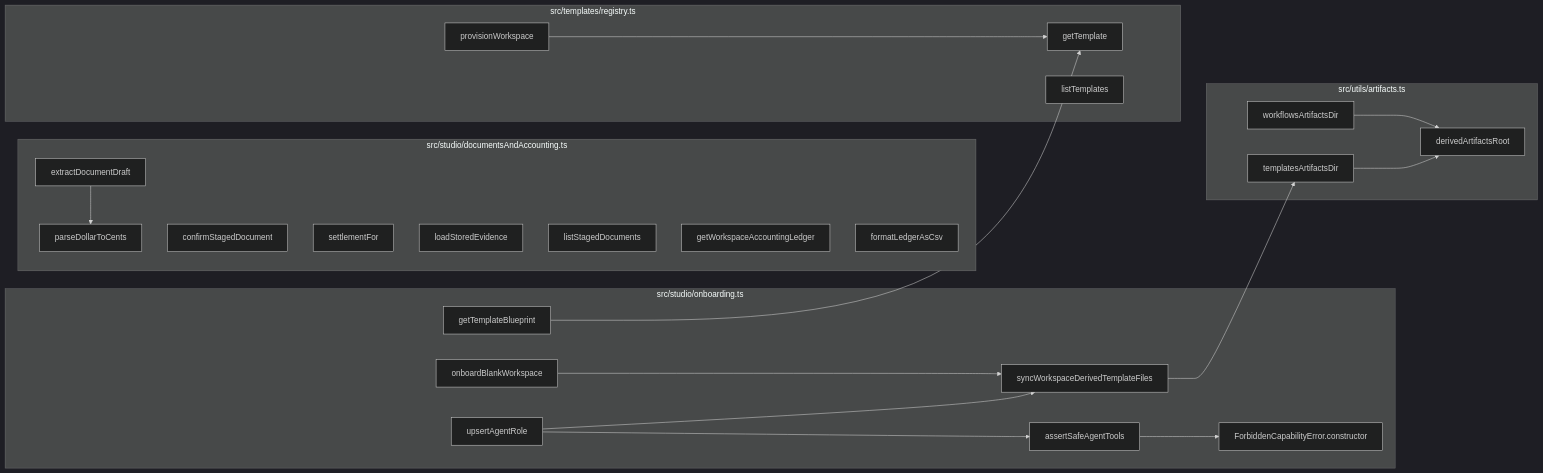
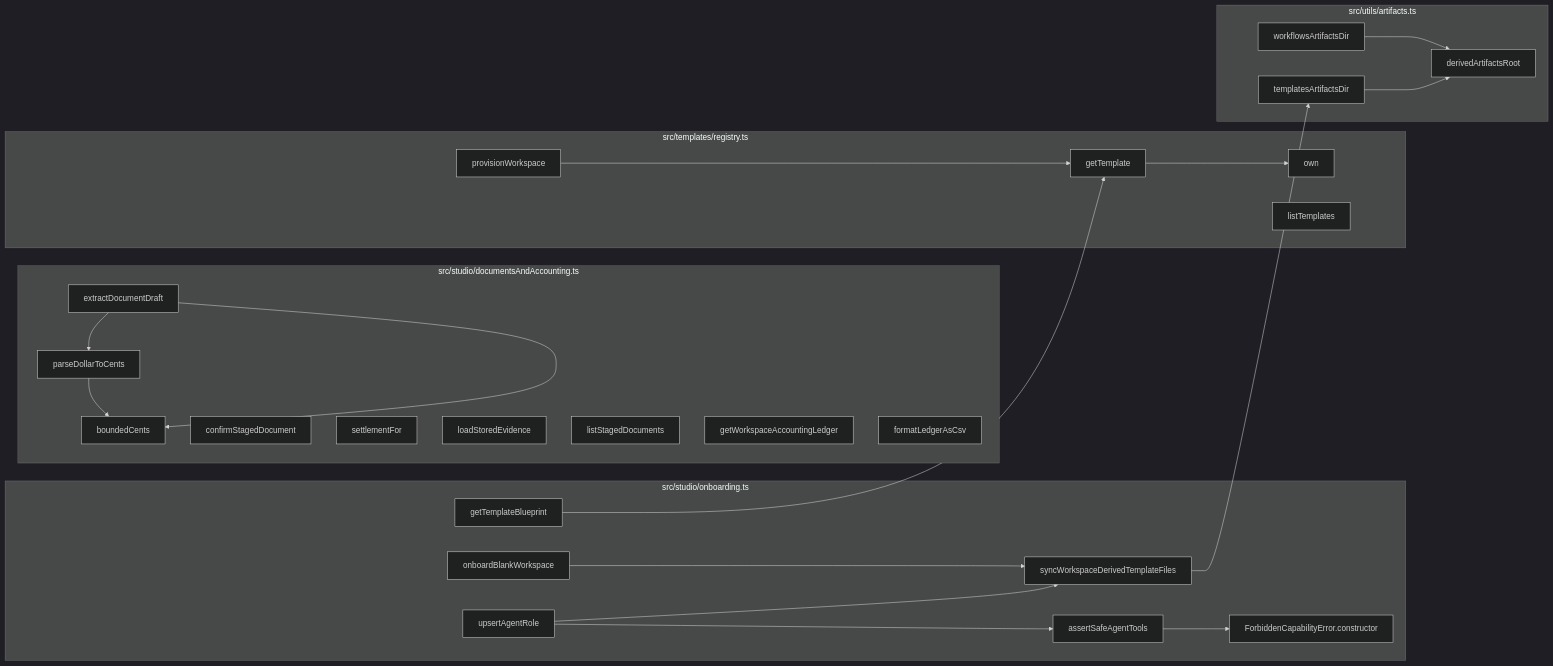
The sixth of 8 diagrams in docs/CODEBASE_MAP.md (Jaydearcadian/bind), drawn with Mermaid (dark theme) before and after one commit. The commit also changed other lines of this file and 13 other files, not shown here.

````diff
--- a/docs/CODEBASE_MAP.md
+++ b/docs/CODEBASE_MAP.md
@@ -471,41 +475,46 @@
 ```mermaid
 flowchart LR
   subgraph F0["src/studio/documentsAndAccounting.ts"]
-    n270["parseDollarToCents"]
-    n271["extractDocumentDraft"]
-    n272["confirmStagedDocument"]
-    n273["settlementFor"]
-    n274["loadStoredEvidence"]
-    n275["listStagedDocuments"]
-    n276["getWorkspaceAccountingLedger"]
-    n277["formatLedgerAsCsv"]
+    n283["parseDollarToCents"]
+    n284["boundedCents"]
+    n285["extractDocumentDraft"]
+    n286["confirmStagedDocument"]
+    n287["settlementFor"]
+    n288["loadStoredEvidence"]
+    n289["listStagedDocuments"]
+    n290["getWorkspaceAccountingLedger"]
+    n291["formatLedgerAsCsv"]
   end
   subgraph F1["src/studio/onboarding.ts"]
-    n278["ForbiddenCapabilityError.constructor"]
-    n279["assertSafeAgentTools"]
-    n280["getTemplateBlueprint"]
-    n281["onboardBlankWorkspace"]
-    n282["upsertAgentRole"]
-    n283["syncWorkspaceDerivedTemplateFiles"]
+    n292["ForbiddenCapabilityError.constructor"]
+    n293["assertSafeAgentTools"]
+    n294["getTemplateBlueprint"]
+    n295["onboardBlankWorkspace"]
+    n296["upsertAgentRole"]
+    n297["syncWorkspaceDerivedTemplateFiles"]
   end
   subgraph F2["src/templates/registry.ts"]
-    n288["getTemplate"]
-    n289["listTemplates"]
-    n290["provisionWorkspace"]
+    n302["getTemplate"]
+    n303["own"]
+    n304["listTemplates"]
+    n305["provisionWorkspace"]
   end
   subgraph F3["src/utils/artifacts.ts"]
-    n291["derivedArtifactsRoot"]
-    n292["workflowsArtifactsDir"]
-    n293["templatesArtifactsDir"]
+    n306["derivedArtifactsRoot"]
+    n307["workflowsArtifactsDir"]
+    n308["templatesArtifactsDir"]
   end
-  n271 --> n270
-  n279 --> n278
-  n280 --> n288
-  n281 --> n283
-  n282 --> n279
-  n282 --> n283
-  n283 --> n293
-  n290 --> n288
-  n292 --> n291
-  n293 --> n291
+  n283 --> n284
+  n285 --> n283
+  n285 --> n284
+  n293 --> n292
+  n294 --> n302
+  n295 --> n297
+  n296 --> n293
+  n296 --> n297
+  n297 --> n308
+  n302 --> n303
+  n305 --> n302
+  n307 --> n306
+  n308 --> n306
 ```
````
